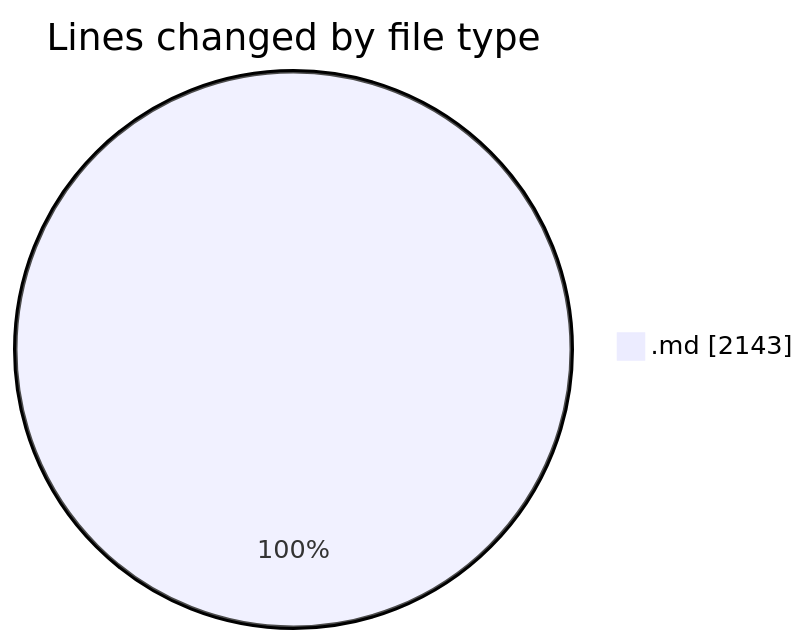
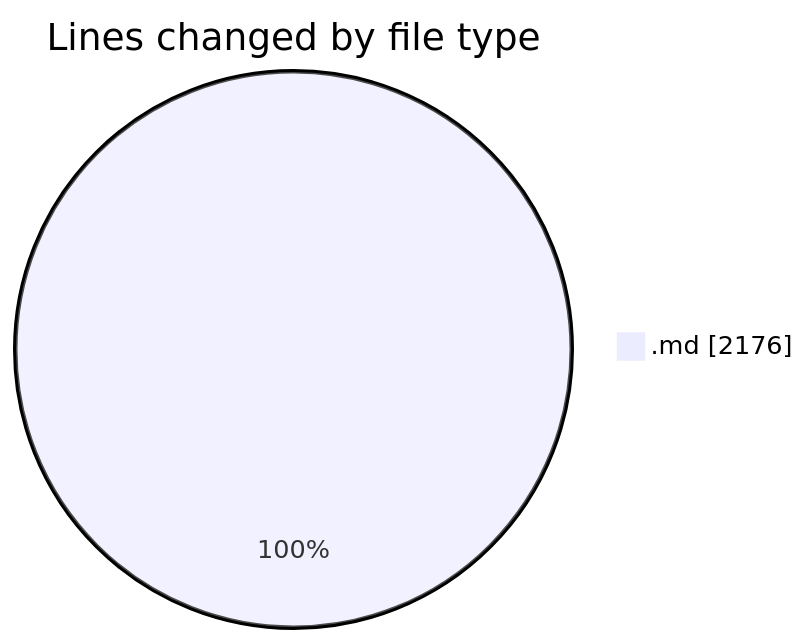
One commit to Ritupan-Deka/code-tracking changed the first of 2 diagrams in 2025-07-09/urlwebwala_intership_work/README.md. Above: the diagram before and after it, drawn with Mermaid. The commit also changed other lines of this file and 1 other file, not shown here.

````diff
--- a/2025-07-09/urlwebwala_intership_work/README.md
+++ b/2025-07-09/urlwebwala_intership_work/README.md
@@ -20,5 +20,5 @@
 ```mermaid
 pie showData
 title Lines changed by file type
-".md" : 2143
+".md" : 2176
 ```
````
